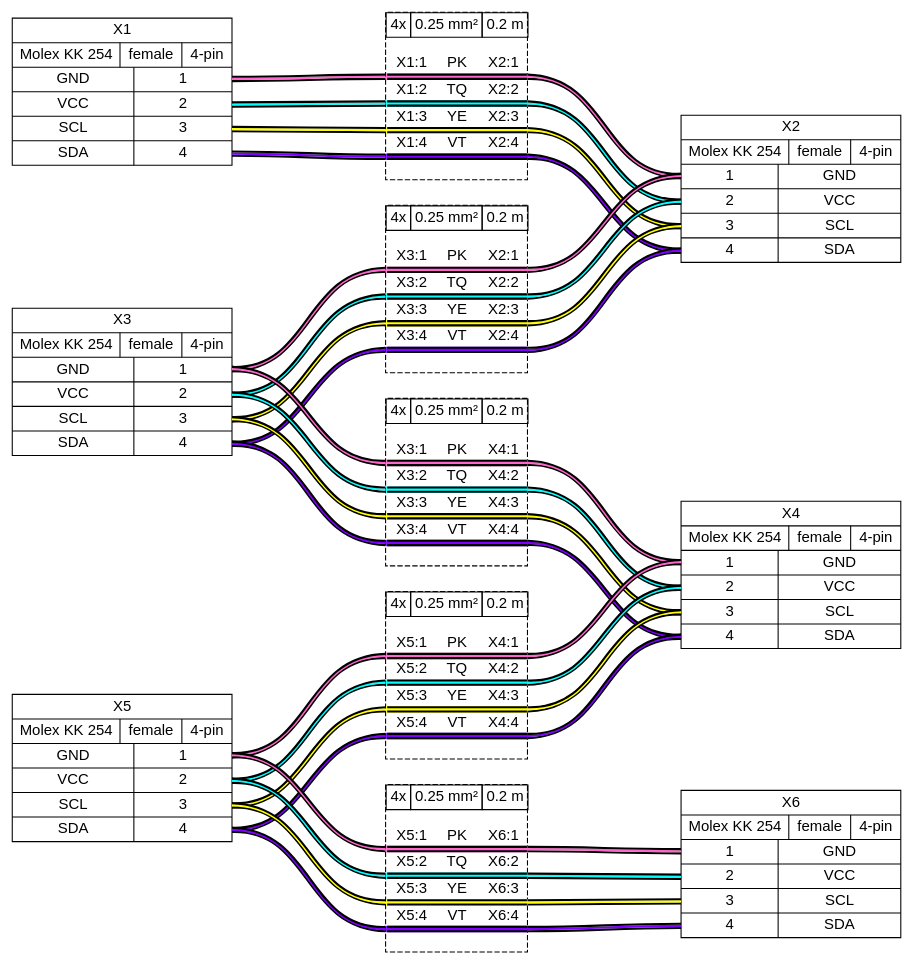
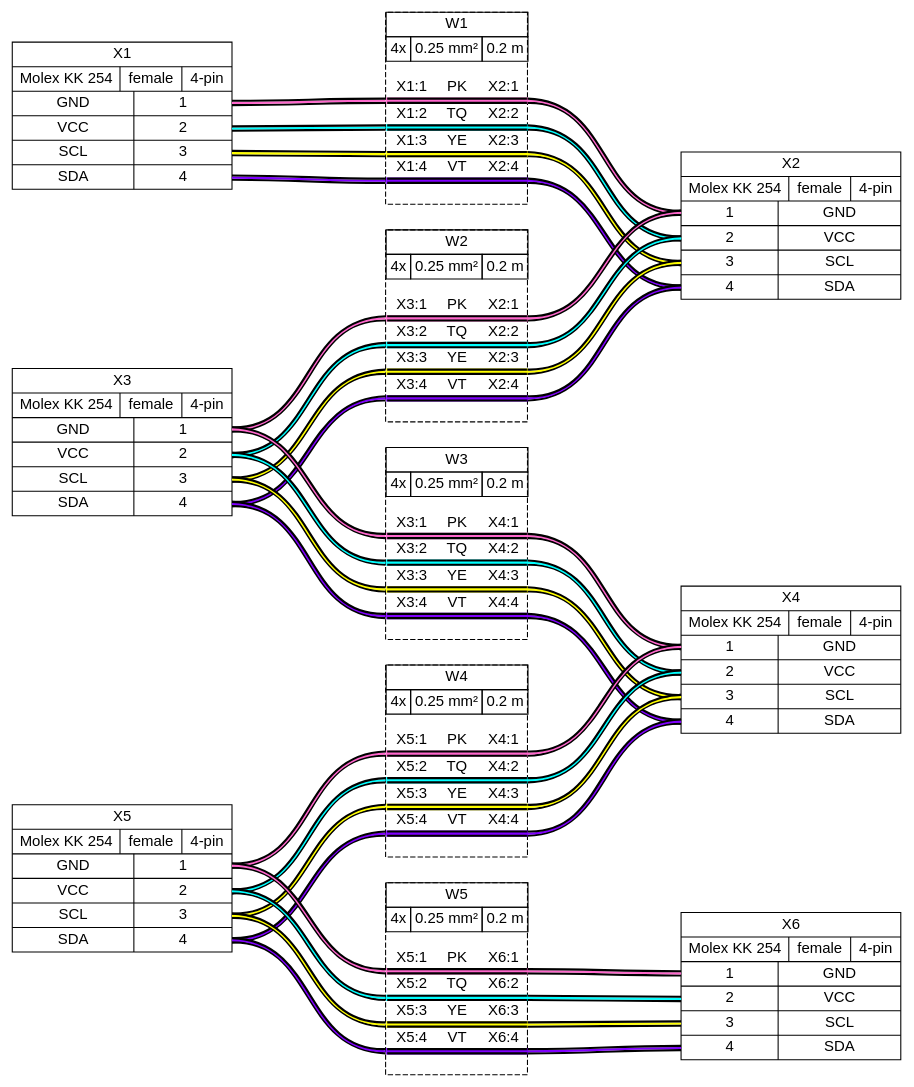
The diagram in examples/ex06.gv (wireviz/WireViz), drawn with Graphviz before and after one commit. The commit also changed 29 other files, not shown here.

```diff
--- a/examples/ex06.gv
+++ b/examples/ex06.gv
@@ -1,78 +1,78 @@
 graph {
 // Graph generated by WireViz
 // https://github.com/formatc1702/WireViz
 	graph [bgcolor=white fontname=arial nodesep=0.33 rankdir=LR ranksep=2]
 	node [fillcolor=white fontname=arial shape=record style=filled]
 	edge [fontname=arial style=bold]
 	X1 [label="X1|{Molex KK 254|female|4-pin}|{{GND|VCC|SCL|SDA}|{<p1r>1|<p2r>2|<p3r>3|<p4r>4}}"]
 	X2 [label="X2|{Molex KK 254|female|4-pin}|{{<p1l>1|<p2l>2|<p3l>3|<p4l>4}|{GND|VCC|SCL|SDA}}"]
 	X3 [label="X3|{Molex KK 254|female|4-pin}|{{GND|VCC|SCL|SDA}|{<p1r>1|<p2r>2|<p3r>3|<p4r>4}}"]
 	X4 [label="X4|{Molex KK 254|female|4-pin}|{{<p1l>1|<p2l>2|<p3l>3|<p4l>4}|{GND|VCC|SCL|SDA}}"]
 	X5 [label="X5|{Molex KK 254|female|4-pin}|{{GND|VCC|SCL|SDA}|{<p1r>1|<p2r>2|<p3r>3|<p4r>4}}"]
 	X6 [label="X6|{Molex KK 254|female|4-pin}|{{<p1l>1|<p2l>2|<p3l>3|<p4l>4}|{GND|VCC|SCL|SDA}}"]
 	edge [color="#000000:#ff66cc:#000000"]
 	X1:p1r:e -- W1:w1:w
 	W1:w1:e -- X2:p1l:w
 	edge [color="#000000:#00ffff:#000000"]
 	X1:p2r:e -- W1:w2:w
 	W1:w2:e -- X2:p2l:w
 	edge [color="#000000:#ffff00:#000000"]
 	X1:p3r:e -- W1:w3:w
 	W1:w3:e -- X2:p3l:w
 	edge [color="#000000:#8000ff:#000000"]
 	X1:p4r:e -- W1:w4:w
 	W1:w4:e -- X2:p4l:w
-	W1 [label=<<table border="0" cellspacing="0" cellpadding="0"><tr><td><table border="0" cellspacing="0" cellpadding="3" cellborder="1"><tr><td>4x</td><td>0.25 mm²</td><td>0.2 m</td></tr></table></td></tr><tr><td>&nbsp;</td></tr><tr><td><table border="0" cellspacing="0" cellborder="0"><tr><td>X1:1</td><td>PK</td><td>X2:1</td></tr><tr><td colspan="3" cellpadding="0" height="6" bgcolor="#ff66cc" border="2" sides="tb" port="w1"></td></tr><tr><td>X1:2</td><td>TQ</td><td>X2:2</td></tr><tr><td colspan="3" cellpadding="0" height="6" bgcolor="#00ffff" border="2" sides="tb" port="w2"></td></tr><tr><td>X1:3</td><td>YE</td><td>X2:3</td></tr><tr><td colspan="3" cellpadding="0" height="6" bgcolor="#ffff00" border="2" sides="tb" port="w3"></td></tr><tr><td>X1:4</td><td>VT</td><td>X2:4</td></tr><tr><td colspan="3" cellpadding="0" height="6" bgcolor="#8000ff" border="2" sides="tb" port="w4"></td></tr><tr><td>&nbsp;</td></tr></table></td></tr></table>> fillcolor=white margin=0 shape=box style="filled,dashed"]
+	W1 [label=<<table border="0" cellspacing="0" cellpadding="0"><tr><td><table border="0" cellspacing="0" cellpadding="3" cellborder="1"><tr><td colspan="3">W1</td></tr><tr><td>4x</td><td>0.25 mm²</td><td>0.2 m</td></tr></table></td></tr><tr><td>&nbsp;</td></tr><tr><td><table border="0" cellspacing="0" cellborder="0"><tr><td>X1:1</td><td>PK</td><td>X2:1</td></tr><tr><td colspan="3" cellpadding="0" height="6" bgcolor="#ff66cc" border="2" sides="tb" port="w1"></td></tr><tr><td>X1:2</td><td>TQ</td><td>X2:2</td></tr><tr><td colspan="3" cellpadding="0" height="6" bgcolor="#00ffff" border="2" sides="tb" port="w2"></td></tr><tr><td>X1:3</td><td>YE</td><td>X2:3</td></tr><tr><td colspan="3" cellpadding="0" height="6" bgcolor="#ffff00" border="2" sides="tb" port="w3"></td></tr><tr><td>X1:4</td><td>VT</td><td>X2:4</td></tr><tr><td colspan="3" cellpadding="0" height="6" bgcolor="#8000ff" border="2" sides="tb" port="w4"></td></tr><tr><td>&nbsp;</td></tr></table></td></tr></table>> fillcolor=white margin=0 shape=box style="filled,dashed"]
 	edge [color="#000000:#ff66cc:#000000"]
 	X3:p1r:e -- W2:w1:w
 	W2:w1:e -- X2:p1l:w
 	edge [color="#000000:#00ffff:#000000"]
 	X3:p2r:e -- W2:w2:w
 	W2:w2:e -- X2:p2l:w
 	edge [color="#000000:#ffff00:#000000"]
 	X3:p3r:e -- W2:w3:w
 	W2:w3:e -- X2:p3l:w
 	edge [color="#000000:#8000ff:#000000"]
 	X3:p4r:e -- W2:w4:w
 	W2:w4:e -- X2:p4l:w
-	W2 [label=<<table border="0" cellspacing="0" cellpadding="0"><tr><td><table border="0" cellspacing="0" cellpadding="3" cellborder="1"><tr><td>4x</td><td>0.25 mm²</td><td>0.2 m</td></tr></table></td></tr><tr><td>&nbsp;</td></tr><tr><td><table border="0" cellspacing="0" cellborder="0"><tr><td>X3:1</td><td>PK</td><td>X2:1</td></tr><tr><td colspan="3" cellpadding="0" height="6" bgcolor="#ff66cc" border="2" sides="tb" port="w1"></td></tr><tr><td>X3:2</td><td>TQ</td><td>X2:2</td></tr><tr><td colspan="3" cellpadding="0" height="6" bgcolor="#00ffff" border="2" sides="tb" port="w2"></td></tr><tr><td>X3:3</td><td>YE</td><td>X2:3</td></tr><tr><td colspan="3" cellpadding="0" height="6" bgcolor="#ffff00" border="2" sides="tb" port="w3"></td></tr><tr><td>X3:4</td><td>VT</td><td>X2:4</td></tr><tr><td colspan="3" cellpadding="0" height="6" bgcolor="#8000ff" border="2" sides="tb" port="w4"></td></tr><tr><td>&nbsp;</td></tr></table></td></tr></table>> fillcolor=white margin=0 shape=box style="filled,dashed"]
+	W2 [label=<<table border="0" cellspacing="0" cellpadding="0"><tr><td><table border="0" cellspacing="0" cellpadding="3" cellborder="1"><tr><td colspan="3">W2</td></tr><tr><td>4x</td><td>0.25 mm²</td><td>0.2 m</td></tr></table></td></tr><tr><td>&nbsp;</td></tr><tr><td><table border="0" cellspacing="0" cellborder="0"><tr><td>X3:1</td><td>PK</td><td>X2:1</td></tr><tr><td colspan="3" cellpadding="0" height="6" bgcolor="#ff66cc" border="2" sides="tb" port="w1"></td></tr><tr><td>X3:2</td><td>TQ</td><td>X2:2</td></tr><tr><td colspan="3" cellpadding="0" height="6" bgcolor="#00ffff" border="2" sides="tb" port="w2"></td></tr><tr><td>X3:3</td><td>YE</td><td>X2:3</td></tr><tr><td colspan="3" cellpadding="0" height="6" bgcolor="#ffff00" border="2" sides="tb" port="w3"></td></tr><tr><td>X3:4</td><td>VT</td><td>X2:4</td></tr><tr><td colspan="3" cellpadding="0" height="6" bgcolor="#8000ff" border="2" sides="tb" port="w4"></td></tr><tr><td>&nbsp;</td></tr></table></td></tr></table>> fillcolor=white margin=0 shape=box style="filled,dashed"]
 	edge [color="#000000:#ff66cc:#000000"]
 	X3:p1r:e -- W3:w1:w
 	W3:w1:e -- X4:p1l:w
 	edge [color="#000000:#00ffff:#000000"]
 	X3:p2r:e -- W3:w2:w
 	W3:w2:e -- X4:p2l:w
 	edge [color="#000000:#ffff00:#000000"]
 	X3:p3r:e -- W3:w3:w
 	W3:w3:e -- X4:p3l:w
 	edge [color="#000000:#8000ff:#000000"]
 	X3:p4r:e -- W3:w4:w
 	W3:w4:e -- X4:p4l:w
-	W3 [label=<<table border="0" cellspacing="0" cellpadding="0"><tr><td><table border="0" cellspacing="0" cellpadding="3" cellborder="1"><tr><td>4x</td><td>0.25 mm²</td><td>0.2 m</td></tr></table></td></tr><tr><td>&nbsp;</td></tr><tr><td><table border="0" cellspacing="0" cellborder="0"><tr><td>X3:1</td><td>PK</td><td>X4:1</td></tr><tr><td colspan="3" cellpadding="0" height="6" bgcolor="#ff66cc" border="2" sides="tb" port="w1"></td></tr><tr><td>X3:2</td><td>TQ</td><td>X4:2</td></tr><tr><td colspan="3" cellpadding="0" height="6" bgcolor="#00ffff" border="2" sides="tb" port="w2"></td></tr><tr><td>X3:3</td><td>YE</td><td>X4:3</td></tr><tr><td colspan="3" cellpadding="0" height="6" bgcolor="#ffff00" border="2" sides="tb" port="w3"></td></tr><tr><td>X3:4</td><td>VT</td><td>X4:4</td></tr><tr><td colspan="3" cellpadding="0" height="6" bgcolor="#8000ff" border="2" sides="tb" port="w4"></td></tr><tr><td>&nbsp;</td></tr></table></td></tr></table>> fillcolor=white margin=0 shape=box style="filled,dashed"]
+	W3 [label=<<table border="0" cellspacing="0" cellpadding="0"><tr><td><table border="0" cellspacing="0" cellpadding="3" cellborder="1"><tr><td colspan="3">W3</td></tr><tr><td>4x</td><td>0.25 mm²</td><td>0.2 m</td></tr></table></td></tr><tr><td>&nbsp;</td></tr><tr><td><table border="0" cellspacing="0" cellborder="0"><tr><td>X3:1</td><td>PK</td><td>X4:1</td></tr><tr><td colspan="3" cellpadding="0" height="6" bgcolor="#ff66cc" border="2" sides="tb" port="w1"></td></tr><tr><td>X3:2</td><td>TQ</td><td>X4:2</td></tr><tr><td colspan="3" cellpadding="0" height="6" bgcolor="#00ffff" border="2" sides="tb" port="w2"></td></tr><tr><td>X3:3</td><td>YE</td><td>X4:3</td></tr><tr><td colspan="3" cellpadding="0" height="6" bgcolor="#ffff00" border="2" sides="tb" port="w3"></td></tr><tr><td>X3:4</td><td>VT</td><td>X4:4</td></tr><tr><td colspan="3" cellpadding="0" height="6" bgcolor="#8000ff" border="2" sides="tb" port="w4"></td></tr><tr><td>&nbsp;</td></tr></table></td></tr></table>> fillcolor=white margin=0 shape=box style="filled,dashed"]
 	edge [color="#000000:#ff66cc:#000000"]
 	X5:p1r:e -- W4:w1:w
 	W4:w1:e -- X4:p1l:w
 	edge [color="#000000:#00ffff:#000000"]
 	X5:p2r:e -- W4:w2:w
 	W4:w2:e -- X4:p2l:w
 	edge [color="#000000:#ffff00:#000000"]
 	X5:p3r:e -- W4:w3:w
 	W4:w3:e -- X4:p3l:w
 	edge [color="#000000:#8000ff:#000000"]
 	X5:p4r:e -- W4:w4:w
 	W4:w4:e -- X4:p4l:w
-	W4 [label=<<table border="0" cellspacing="0" cellpadding="0"><tr><td><table border="0" cellspacing="0" cellpadding="3" cellborder="1"><tr><td>4x</td><td>0.25 mm²</td><td>0.2 m</td></tr></table></td></tr><tr><td>&nbsp;</td></tr><tr><td><table border="0" cellspacing="0" cellborder="0"><tr><td>X5:1</td><td>PK</td><td>X4:1</td></tr><tr><td colspan="3" cellpadding="0" height="6" bgcolor="#ff66cc" border="2" sides="tb" port="w1"></td></tr><tr><td>X5:2</td><td>TQ</td><td>X4:2</td></tr><tr><td colspan="3" cellpadding="0" height="6" bgcolor="#00ffff" border="2" sides="tb" port="w2"></td></tr><tr><td>X5:3</td><td>YE</td><td>X4:3</td></tr><tr><td colspan="3" cellpadding="0" height="6" bgcolor="#ffff00" border="2" sides="tb" port="w3"></td></tr><tr><td>X5:4</td><td>VT</td><td>X4:4</td></tr><tr><td colspan="3" cellpadding="0" height="6" bgcolor="#8000ff" border="2" sides="tb" port="w4"></td></tr><tr><td>&nbsp;</td></tr></table></td></tr></table>> fillcolor=white margin=0 shape=box style="filled,dashed"]
+	W4 [label=<<table border="0" cellspacing="0" cellpadding="0"><tr><td><table border="0" cellspacing="0" cellpadding="3" cellborder="1"><tr><td colspan="3">W4</td></tr><tr><td>4x</td><td>0.25 mm²</td><td>0.2 m</td></tr></table></td></tr><tr><td>&nbsp;</td></tr><tr><td><table border="0" cellspacing="0" cellborder="0"><tr><td>X5:1</td><td>PK</td><td>X4:1</td></tr><tr><td colspan="3" cellpadding="0" height="6" bgcolor="#ff66cc" border="2" sides="tb" port="w1"></td></tr><tr><td>X5:2</td><td>TQ</td><td>X4:2</td></tr><tr><td colspan="3" cellpadding="0" height="6" bgcolor="#00ffff" border="2" sides="tb" port="w2"></td></tr><tr><td>X5:3</td><td>YE</td><td>X4:3</td></tr><tr><td colspan="3" cellpadding="0" height="6" bgcolor="#ffff00" border="2" sides="tb" port="w3"></td></tr><tr><td>X5:4</td><td>VT</td><td>X4:4</td></tr><tr><td colspan="3" cellpadding="0" height="6" bgcolor="#8000ff" border="2" sides="tb" port="w4"></td></tr><tr><td>&nbsp;</td></tr></table></td></tr></table>> fillcolor=white margin=0 shape=box style="filled,dashed"]
 	edge [color="#000000:#ff66cc:#000000"]
 	X5:p1r:e -- W5:w1:w
 	W5:w1:e -- X6:p1l:w
 	edge [color="#000000:#00ffff:#000000"]
 	X5:p2r:e -- W5:w2:w
 	W5:w2:e -- X6:p2l:w
 	edge [color="#000000:#ffff00:#000000"]
 	X5:p3r:e -- W5:w3:w
 	W5:w3:e -- X6:p3l:w
 	edge [color="#000000:#8000ff:#000000"]
 	X5:p4r:e -- W5:w4:w
 	W5:w4:e -- X6:p4l:w
-	W5 [label=<<table border="0" cellspacing="0" cellpadding="0"><tr><td><table border="0" cellspacing="0" cellpadding="3" cellborder="1"><tr><td>4x</td><td>0.25 mm²</td><td>0.2 m</td></tr></table></td></tr><tr><td>&nbsp;</td></tr><tr><td><table border="0" cellspacing="0" cellborder="0"><tr><td>X5:1</td><td>PK</td><td>X6:1</td></tr><tr><td colspan="3" cellpadding="0" height="6" bgcolor="#ff66cc" border="2" sides="tb" port="w1"></td></tr><tr><td>X5:2</td><td>TQ</td><td>X6:2</td></tr><tr><td colspan="3" cellpadding="0" height="6" bgcolor="#00ffff" border="2" sides="tb" port="w2"></td></tr><tr><td>X5:3</td><td>YE</td><td>X6:3</td></tr><tr><td colspan="3" cellpadding="0" height="6" bgcolor="#ffff00" border="2" sides="tb" port="w3"></td></tr><tr><td>X5:4</td><td>VT</td><td>X6:4</td></tr><tr><td colspan="3" cellpadding="0" height="6" bgcolor="#8000ff" border="2" sides="tb" port="w4"></td></tr><tr><td>&nbsp;</td></tr></table></td></tr></table>> fillcolor=white margin=0 shape=box style="filled,dashed"]
+	W5 [label=<<table border="0" cellspacing="0" cellpadding="0"><tr><td><table border="0" cellspacing="0" cellpadding="3" cellborder="1"><tr><td colspan="3">W5</td></tr><tr><td>4x</td><td>0.25 mm²</td><td>0.2 m</td></tr></table></td></tr><tr><td>&nbsp;</td></tr><tr><td><table border="0" cellspacing="0" cellborder="0"><tr><td>X5:1</td><td>PK</td><td>X6:1</td></tr><tr><td colspan="3" cellpadding="0" height="6" bgcolor="#ff66cc" border="2" sides="tb" port="w1"></td></tr><tr><td>X5:2</td><td>TQ</td><td>X6:2</td></tr><tr><td colspan="3" cellpadding="0" height="6" bgcolor="#00ffff" border="2" sides="tb" port="w2"></td></tr><tr><td>X5:3</td><td>YE</td><td>X6:3</td></tr><tr><td colspan="3" cellpadding="0" height="6" bgcolor="#ffff00" border="2" sides="tb" port="w3"></td></tr><tr><td>X5:4</td><td>VT</td><td>X6:4</td></tr><tr><td colspan="3" cellpadding="0" height="6" bgcolor="#8000ff" border="2" sides="tb" port="w4"></td></tr><tr><td>&nbsp;</td></tr></table></td></tr></table>> fillcolor=white margin=0 shape=box style="filled,dashed"]
 }
```
